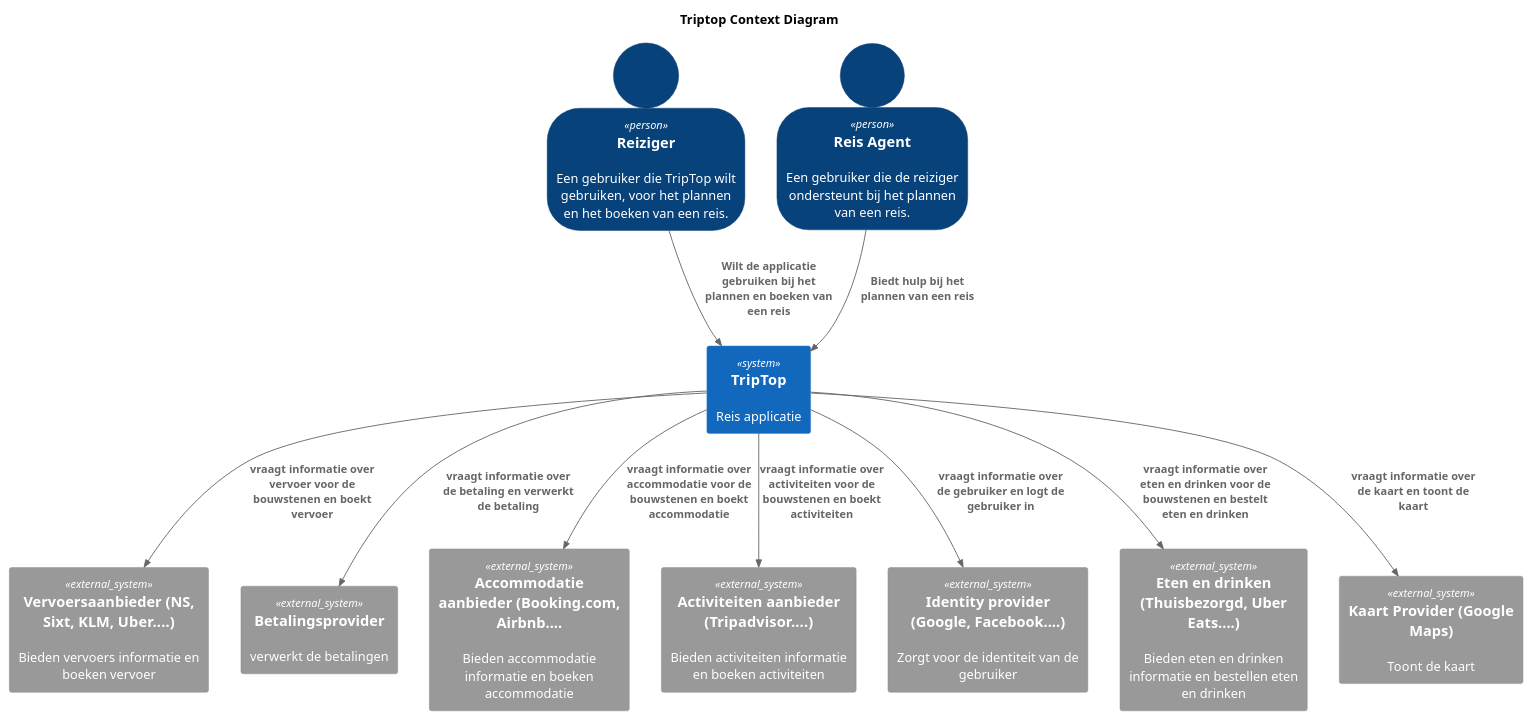
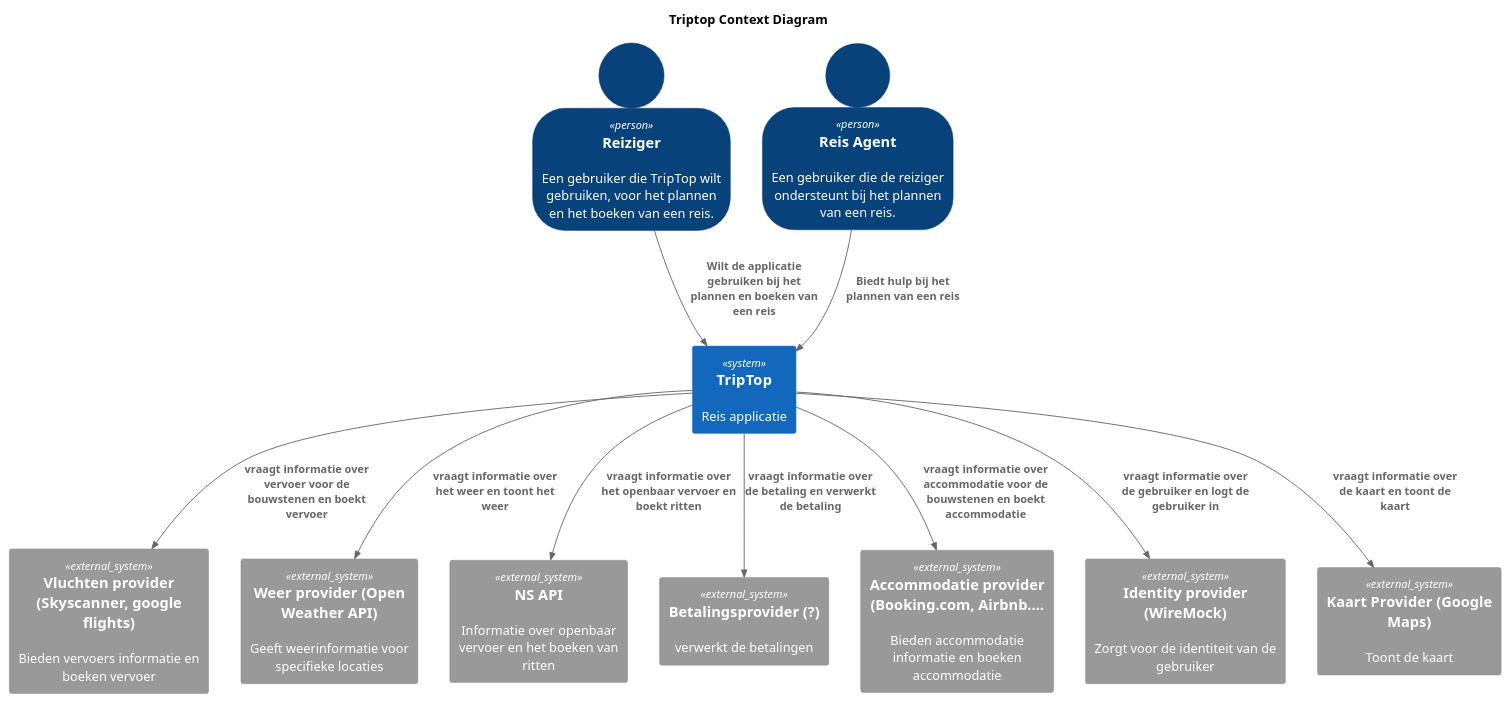
The diagram in Mijn bijdrage/Groeps context (C4).puml (AIM-ENE-feb25/triptop-livingin-s-pain-nouri-siebe-boris), drawn with PlantUML before and after one commit. The commit also changed 5 other files, not shown here.

Commit message:
Sequence diagrams moeten nog in groep

```diff
--- a/Mijn bijdrage/Groeps context (C4).puml
+++ b/Mijn bijdrage/Groeps context (C4).puml
@@ -1,30 +1,30 @@
 @startuml C4_Elements
 !include https://raw.githubusercontent.com/plantuml-stdlib/C4-PlantUML/master/C4_Container.puml
 title Triptop Context Diagram
 SHOW_PERSON_OUTLINE()
 
 Person(personAlias, "Reiziger", "Een gebruiker die TripTop wilt gebruiken, voor het plannen en het boeken van een reis. ")
 Person(reisagent,"Reis Agent", "Een gebruiker die de reiziger ondersteunt bij het plannen van een reis.")
 System(systemAlias, "TripTop", "Reis applicatie")
 
-System_Ext(vervoersaanbieder, "Vervoersaanbieder (NS, Sixt, KLM, Uber....)", "Bieden vervoers informatie en boeken vervoer")
-System_Ext(betalingsprovider, "Betalingsprovider", "verwerkt de betalingen")
-System_Ext(accommodatieaanbieder, "Accommodatie aanbieder (Booking.com, Airbnb....", "Bieden accommodatie informatie en boeken accommodatie")
-System_Ext(activiteitenaanbieder, "Activiteiten aanbieder (Tripadvisor....)", "Bieden activiteiten informatie en boeken activiteiten")
-System_Ext(identityProvider, "Identity provider (Google, Facebook....)", "Zorgt voor de identiteit van de gebruiker")
-System_Ext(etengelegenhedenaanbieder, "Eten en drinken (Thuisbezorgd, Uber Eats....)", "Bieden eten en drinken informatie en bestellen eten en drinken")
+System_Ext(vervoersaanbieder, "Vluchten provider (Skyscanner, google flights)", "Bieden vervoers informatie en boeken vervoer")
+System_Ext(weeraanbieder, "Weer provider (Open Weather API)", "Geeft weerinformatie voor specifieke locaties")
+System_Ext(nsApi, "NS API", "Informatie over openbaar vervoer en het boeken van ritten")
+System_Ext(betalingsprovider, "Betalingsprovider (?)", "verwerkt de betalingen")
+System_Ext(accommodatieaanbieder, "Accommodatie provider (Booking.com, Airbnb....", "Bieden accommodatie informatie en boeken accommodatie")
+System_Ext(identityProvider, "Identity provider (WireMock)", "Zorgt voor de identiteit van de gebruiker")
 System_Ext(maps, "Kaart Provider (Google Maps)", "Toont de kaart")
 
 Rel(personAlias, systemAlias, "Wilt de applicatie gebruiken bij het plannen en boeken van een reis")
 Rel(reisagent, systemAlias, "Biedt hulp bij het plannen van een reis")
 
 Rel(systemAlias, vervoersaanbieder, "vraagt informatie over vervoer voor de bouwstenen en boekt vervoer")
 Rel(systemAlias, accommodatieaanbieder, "vraagt informatie over accommodatie voor de bouwstenen en boekt accommodatie")
-Rel(systemAlias, activiteitenaanbieder, "vraagt informatie over activiteiten voor de bouwstenen en boekt activiteiten")
 Rel(systemAlias, identityProvider, "vraagt informatie over de gebruiker en logt de gebruiker in")
 Rel(systemAlias, betalingsprovider, "vraagt informatie over de betaling en verwerkt de betaling")
-Rel(systemAlias, etengelegenhedenaanbieder, "vraagt informatie over eten en drinken voor de bouwstenen en bestelt eten en drinken")
+Rel(systemAlias, weeraanbieder, "vraagt informatie over het weer en toont het weer")
+Rel(systemAlias, nsApi, "vraagt informatie over het openbaar vervoer en boekt ritten")
 Rel(systemAlias, maps, "vraagt informatie over de kaart en toont de kaart")
 
 
 @enduml
```
